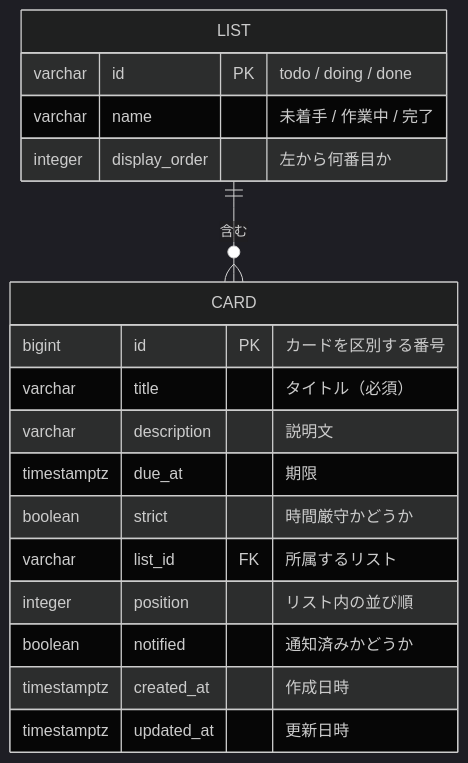
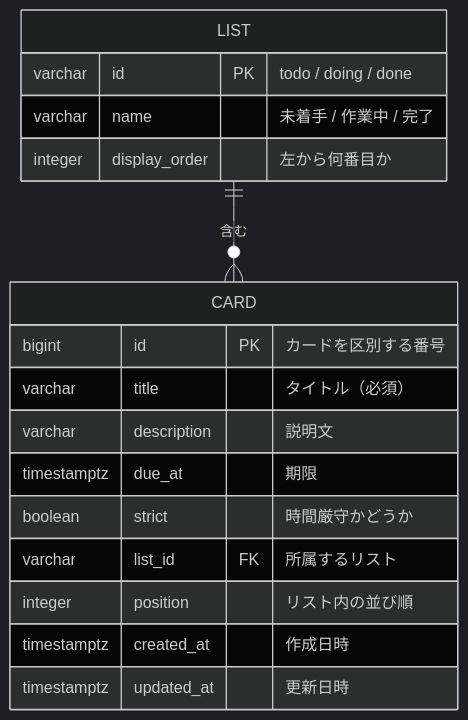
Before and after one commit to mk242329/taskmanagement: the diagram in docs/design/database.md, drawn with Mermaid (dark theme). The commit also changed other lines of this file and 19 other files, not shown here.

````diff
--- a/docs/design/database.md
+++ b/docs/design/database.md
@@ -25,21 +26,20 @@
 ```mermaid
 erDiagram
     LIST ||--o{ CARD : "含む"
     LIST {
         varchar id PK "todo / doing / done"
         varchar name "未着手 / 作業中 / 完了"
         integer display_order "左から何番目か"
     }
     CARD {
         bigint id PK "カードを区別する番号"
         varchar title "タイトル（必須）"
         varchar description "説明文"
         timestamptz due_at "期限"
         boolean strict "時間厳守かどうか"
         varchar list_id FK "所属するリスト"
         integer position "リスト内の並び順"
-        boolean notified "通知済みかどうか"
         timestamptz created_at "作成日時"
         timestamptz updated_at "更新日時"
     }
 ```
````
